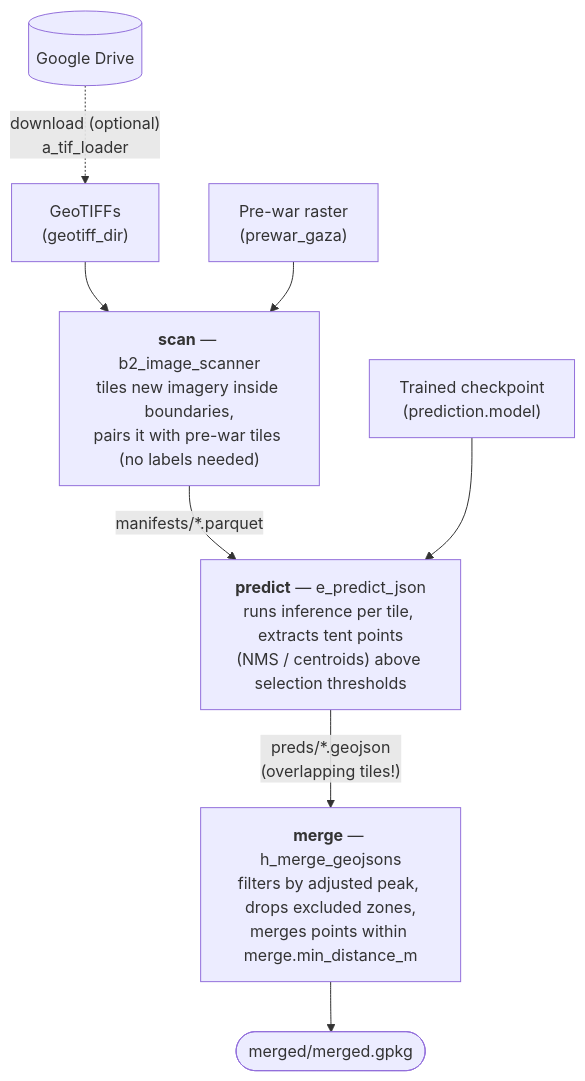
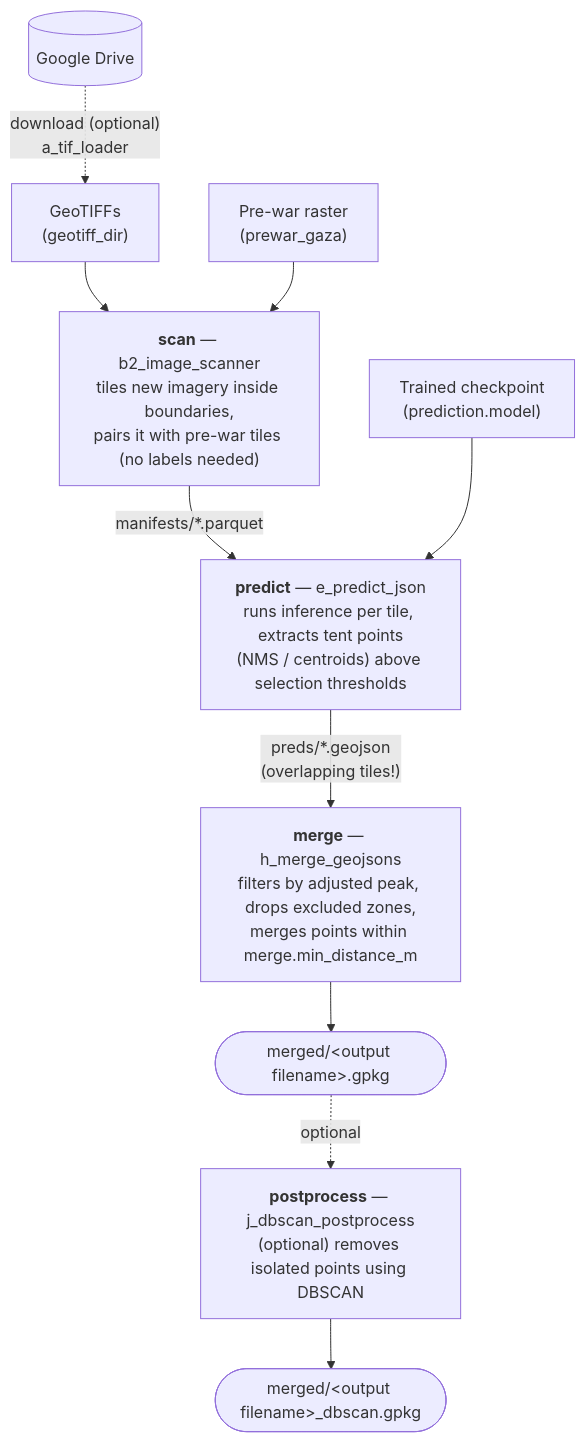
One commit to realgoodresearch/TentNetFA changed the second of 2 diagrams in README.md. Above: the diagram before and after it, drawn with Mermaid. The commit also changed other lines of this file and 8 other files, not shown here.

Commit message:
Add optional DBSCAN prediction postprocessing

````diff
--- a/README.md
+++ b/README.md
@@ -110,19 +110,22 @@
 ```mermaid
 flowchart TB
     drive[("Google Drive")]
     tifs["GeoTIFFs<br/>(geotiff_dir)"]
     prewar["Pre-war raster<br/>(prewar_gaza)"]
     ckpt["Trained checkpoint<br/>(prediction.model)"]
     scan["<b>scan</b> — b2_image_scanner<br/>tiles new imagery inside boundaries,<br/>pairs it with pre-war tiles (no labels needed)"]
     predict["<b>predict</b> — e_predict_json<br/>runs inference per tile, extracts tent points<br/>(NMS / centroids) above selection thresholds"]
     merge["<b>merge</b> — h_merge_geojsons<br/>filters by adjusted peak, drops excluded zones,<br/>merges points within merge.min_distance_m"]
-    out(["merged/merged.gpkg"])
+    out(["merged/&lt;output filename&gt;.gpkg"])
+    dbscan["<b>postprocess</b> — j_dbscan_postprocess<br/>(optional) removes isolated points using DBSCAN"]
+    cleaned(["merged/&lt;output filename&gt;_dbscan.gpkg"])
 
     drive -. "download (optional)<br/>a_tif_loader" .-> tifs
     tifs --> scan
     prewar --> scan
     scan -- "manifests/*.parquet" --> predict
     ckpt --> predict
     predict -- "preds/*.geojson<br/>(overlapping tiles!)" --> merge
     merge --> out
+    out -. "optional" .-> dbscan --> cleaned
 ```
````
